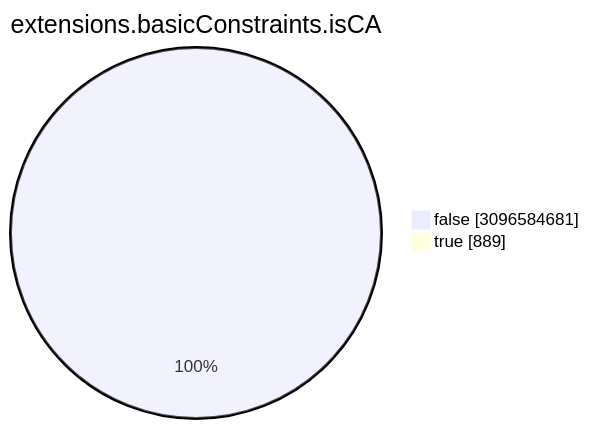
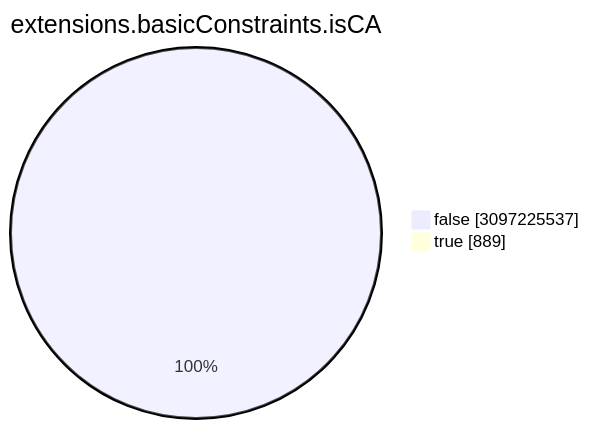
One commit to christiankrug/ctmonitor_visualization changed the seventh of 15 diagrams in TOTAL/README.md. Above: the diagram before and after it, drawn with Mermaid. The commit also changed other lines of this file, not shown here.

````diff
--- a/TOTAL/README.md
+++ b/TOTAL/README.md
@@ -3088,6 +3088,6 @@
 ```mermaid
 pie showData
 title extensions.basicConstraints.isCA
-"false" :3096584681
+"false" :3097225537
 "true" :889
 ```
````
